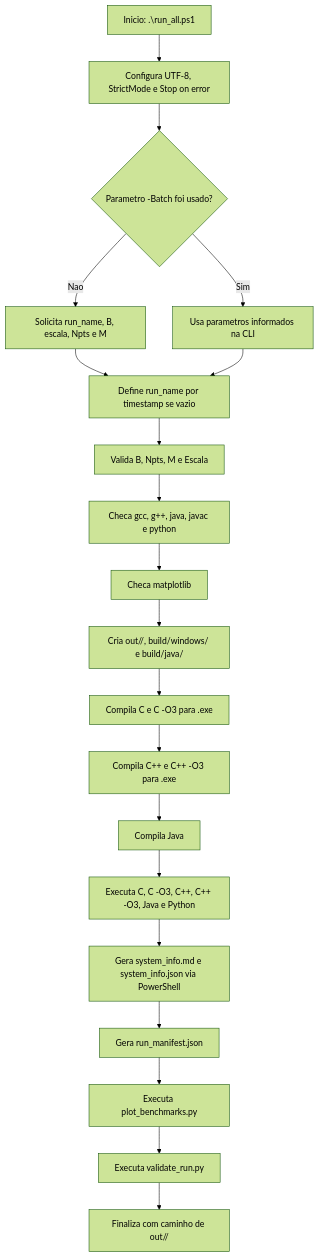
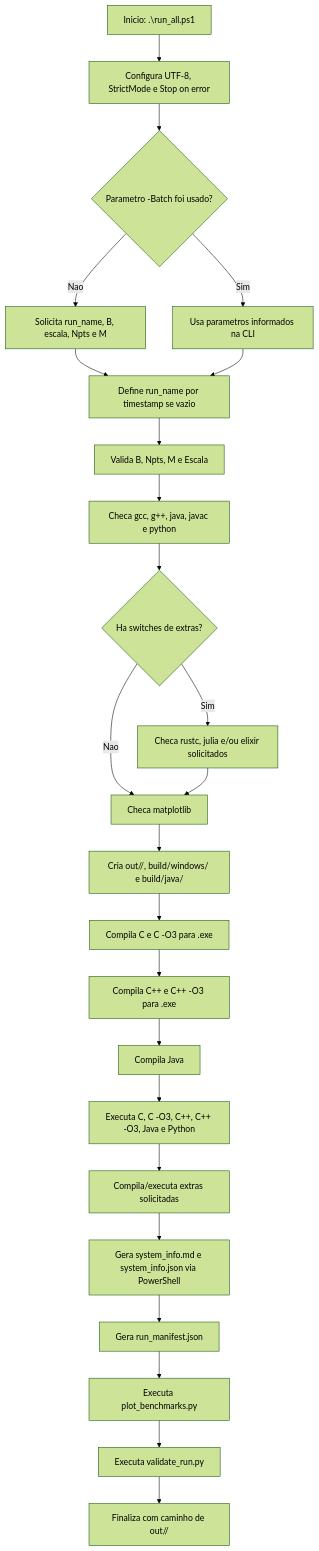
The fourth of 16 diagrams in DIAGRAMS.md (Lucas-Sperotto/matrix-multiplication-benchmark), drawn with Mermaid (forest theme) before and after one commit. The commit also changed other lines of this file and 5 other files, not shown here.

````diff
--- a/DIAGRAMS.md
+++ b/DIAGRAMS.md
@@ -126,22 +136,26 @@
 ```mermaid
 flowchart TD
     A["Inicio: .\run_all.ps1"] --> B[Configura UTF-8, StrictMode e Stop on error]
     B --> C{Parametro -Batch foi usado?}
     C -- Nao --> D[Solicita run_name, B, escala, Npts e M]
     C -- Sim --> E[Usa parametros informados na CLI]
     D --> F[Define run_name por timestamp se vazio]
     E --> F
     F --> G[Valida B, Npts, M e Escala]
     G --> H[Checa gcc, g++, java, javac e python]
-    H --> I[Checa matplotlib]
+    H --> H1{Ha switches de extras?}
+    H1 -- Sim --> H2[Checa rustc, julia e/ou elixir solicitados]
+    H1 -- Nao --> I[Checa matplotlib]
+    H2 --> I
     I --> J["Cria out/<run_id>/, build/windows/ e build/java/"]
     J --> K[Compila C e C -O3 para .exe]
     K --> L[Compila C++ e C++ -O3 para .exe]
     L --> M[Compila Java]
     M --> N[Executa C, C -O3, C++, C++ -O3, Java e Python]
-    N --> O[Gera system_info.md e system_info.json via PowerShell]
+    N --> N1[Compila/executa extras solicitadas]
+    N1 --> O[Gera system_info.md e system_info.json via PowerShell]
     O --> P[Gera run_manifest.json]
     P --> Q[Executa plot_benchmarks.py]
     Q --> R[Executa validate_run.py]
     R --> S["Finaliza com caminho de out/<run_id>/"]
 ```
````
